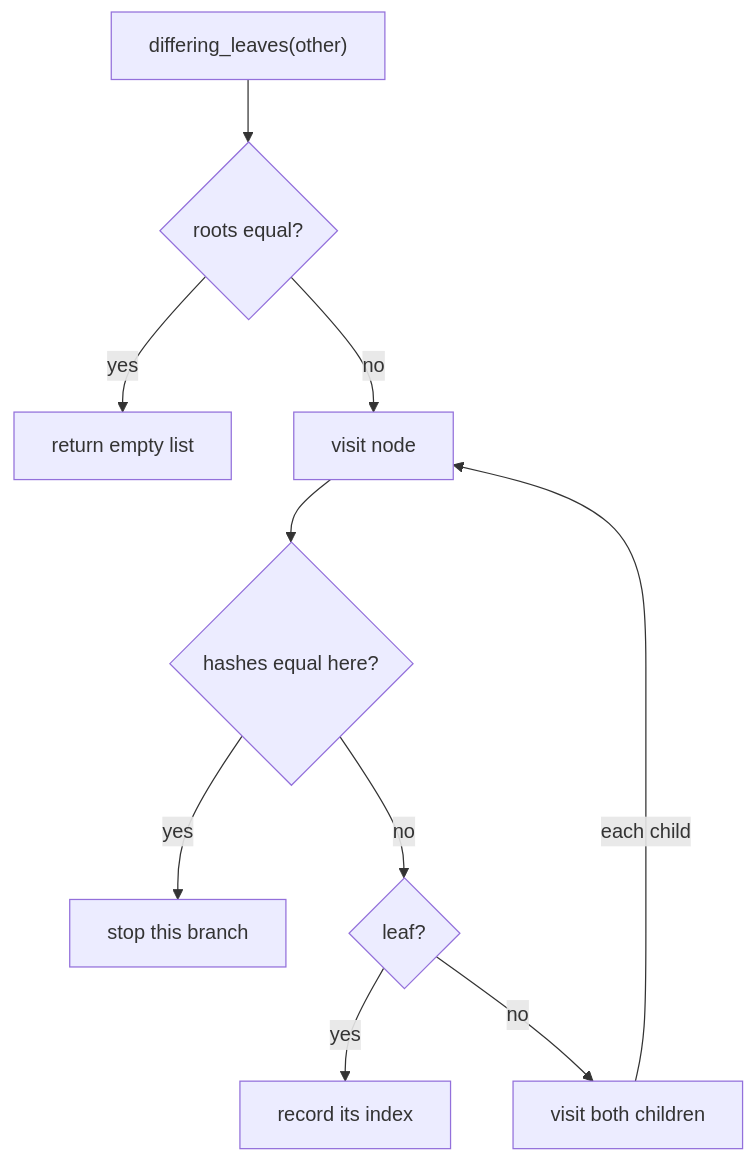
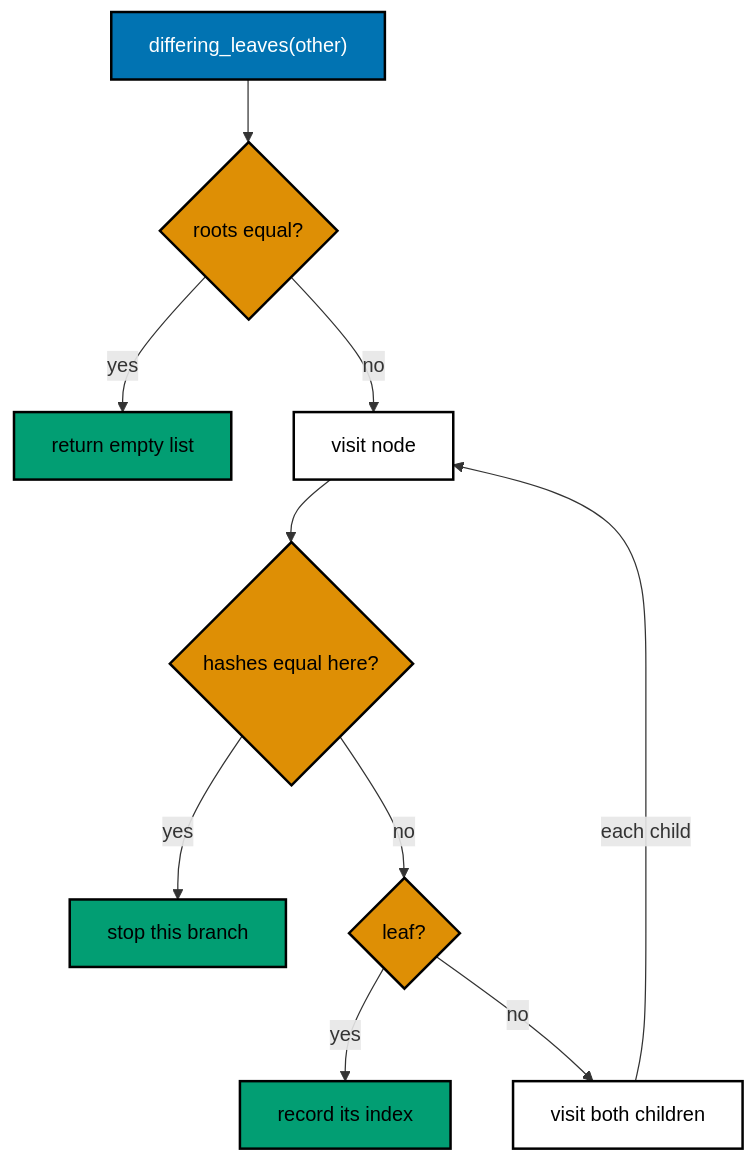
Before and after one commit to wahidyankf/grind-in-public: the second of 3 diagrams in drill/system-design-algos/in-python/algo_15_merkle_tree.md, drawn with Mermaid. The commit also changed other lines of this file and 22 other files, not shown here.

First line of the commit message:
docs: use accessible palette in mermaid diagrams

````diff
--- a/drill/system-design-algos/in-python/algo_15_merkle_tree.md
+++ b/drill/system-design-algos/in-python/algo_15_merkle_tree.md
@@ -49,16 +56,23 @@
 ```mermaid
 flowchart TD
   accTitle: Merkle tree diff
   accDescr {
     Shows how the diff stops at equal hashes and collects the leaves that differ.
   }
   A["differing_leaves(other)"] --> B{roots equal?}
   B -->|yes| C[return empty list]
   B -->|no| D[visit node]
   D --> E{hashes equal here?}
   E -->|yes| F[stop this branch]
   E -->|no| G{leaf?}
   G -->|yes| H[record its index]
   G -->|no| I[visit both children]
   I -->|each child| D
+  classDef default fill:#FFFFFF,stroke:#000000,color:#000000,stroke-width:2px
+  classDef blue fill:#0173B2,stroke:#000000,color:#FFFFFF,stroke-width:2px
+  classDef orange fill:#DE8F05,stroke:#000000,color:#000000,stroke-width:2px
+  classDef teal fill:#029E73,stroke:#000000,color:#000000,stroke-width:2px
+  class B,E,G orange
+  class A blue
+  class C,F,H teal
 ```
````
